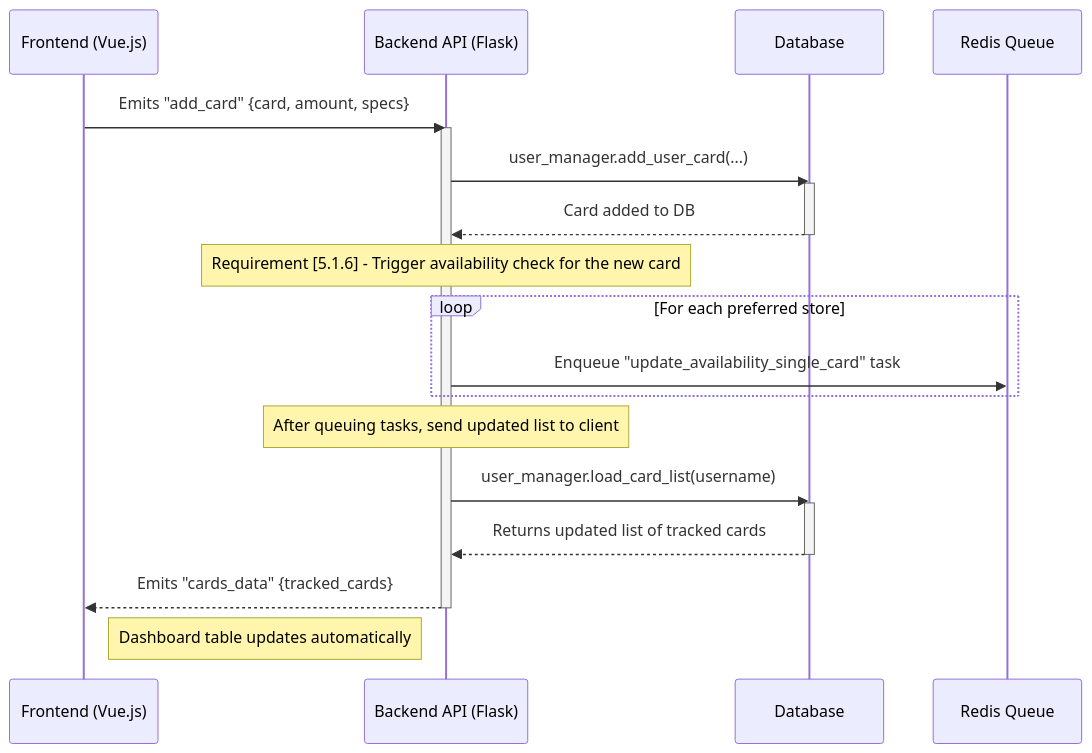
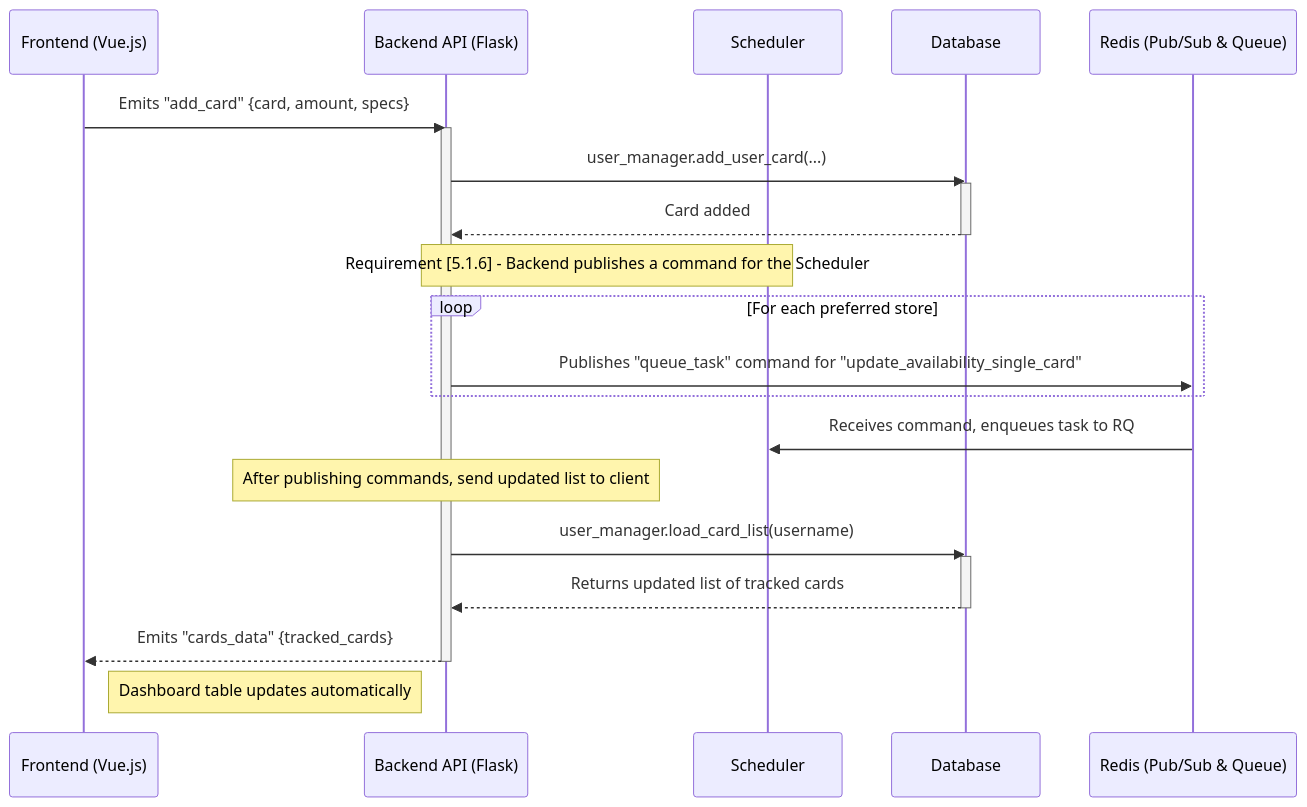
The third of 10 diagrams in docs/docs.md (smileyface/LGS-Stock-Checker), drawn with Mermaid before and after one commit. The commit also changed other lines of this file and 4 other files, not shown here.

Commit message:
This commit introduces a new listener to the Flask manager to handle worker results and updates documentation to reflect architectural changes, including a new scheduler process and revised data flow for asynchronous tasks.

````diff
--- a/docs/docs.md
+++ b/docs/docs.md
@@ -105,29 +107,31 @@
 ```mermaid
 sequenceDiagram
     participant Client as Frontend (Vue.js)
     participant Backend as Backend API (Flask)
+    participant Scheduler
     participant DB as Database
-    participant Redis as Redis Queue
+    participant Redis as Redis (Pub/Sub & Queue)
 
     Client->>Backend: Emits "add_card" {card, amount, specs}
     activate Backend
     Backend->>DB: user_manager.add_user_card(...)
     activate DB
-    DB-->>Backend: Card added to DB
+    DB-->>Backend: Card added
     deactivate DB
 
-    note over Backend: Requirement [5.1.6] - Trigger availability check for the new card
+    note over Backend, Scheduler: Requirement [5.1.6] - Backend publishes a command for the Scheduler
     loop For each preferred store
-        Backend->>Redis: Enqueue "update_availability_single_card" task
+        Backend->>Redis: Publishes "queue_task" command for "update_availability_single_card"
     end
+    Redis->>Scheduler: Receives command, enqueues task to RQ
 
-    note over Backend: After queuing tasks, send updated list to client
+    note over Backend: After publishing commands, send updated list to client
     Backend->>DB: user_manager.load_card_list(username)
     activate DB
     DB-->>Backend: Returns updated list of tracked cards
     deactivate DB
 
     Backend-->>Client: Emits "cards_data" {tracked_cards}
     deactivate Backend
     Note right of Client: Dashboard table updates automatically
 ```
````
